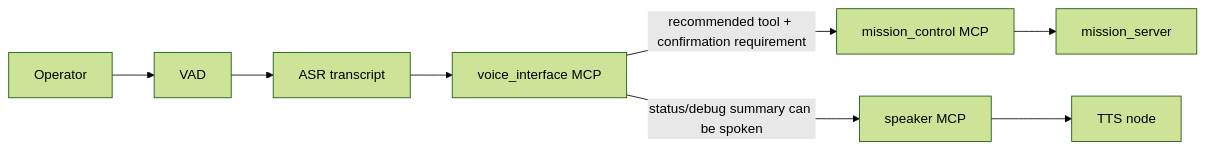
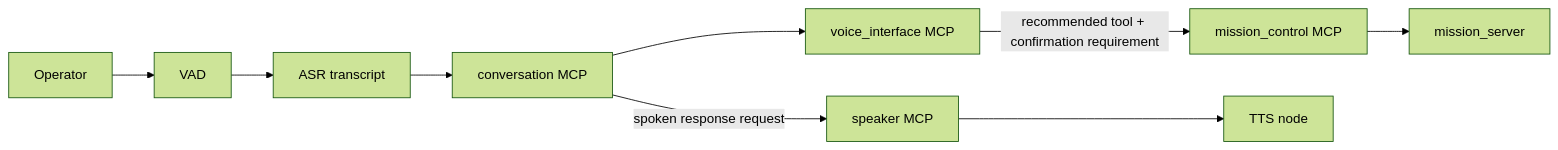
The first of 2 diagrams in docs/architecture/50_voice_operator_interface.md (KartikMehta-1/AMR-development), drawn with Mermaid (forest theme) before and after one commit. The commit also changed other lines of this file and 9 other files, not shown here.

Commit message:
Add conversation MCP and Piper voice tuning

````diff
--- a/docs/architecture/50_voice_operator_interface.md
+++ b/docs/architecture/50_voice_operator_interface.md
@@ -22,19 +22,21 @@
 ```mermaid
 flowchart LR
   USER[Operator]
   VAD[VAD]
   ASR[ASR transcript]
   VOICEMCP[voice_interface MCP]
   MISSIONMCP[mission_control MCP]
   SPEAKERMCP[speaker MCP]
+  CONVMCP[conversation MCP]
   TTS[TTS node]
   MISSION[mission_server]
 
   USER --> VAD
   VAD --> ASR
-  ASR --> VOICEMCP
+  ASR --> CONVMCP
+  CONVMCP --> VOICEMCP
   VOICEMCP -->|recommended tool + confirmation requirement| MISSIONMCP
   MISSIONMCP --> MISSION
-  VOICEMCP -->|status/debug summary can be spoken| SPEAKERMCP
+  CONVMCP -->|spoken response request| SPEAKERMCP
   SPEAKERMCP --> TTS
 ```
````
